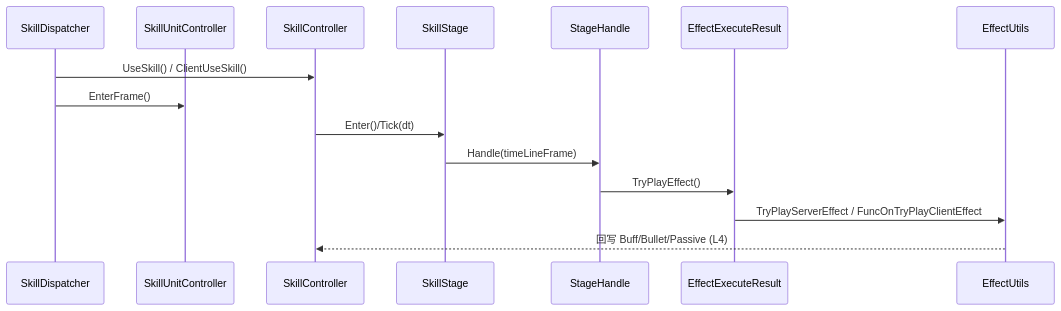
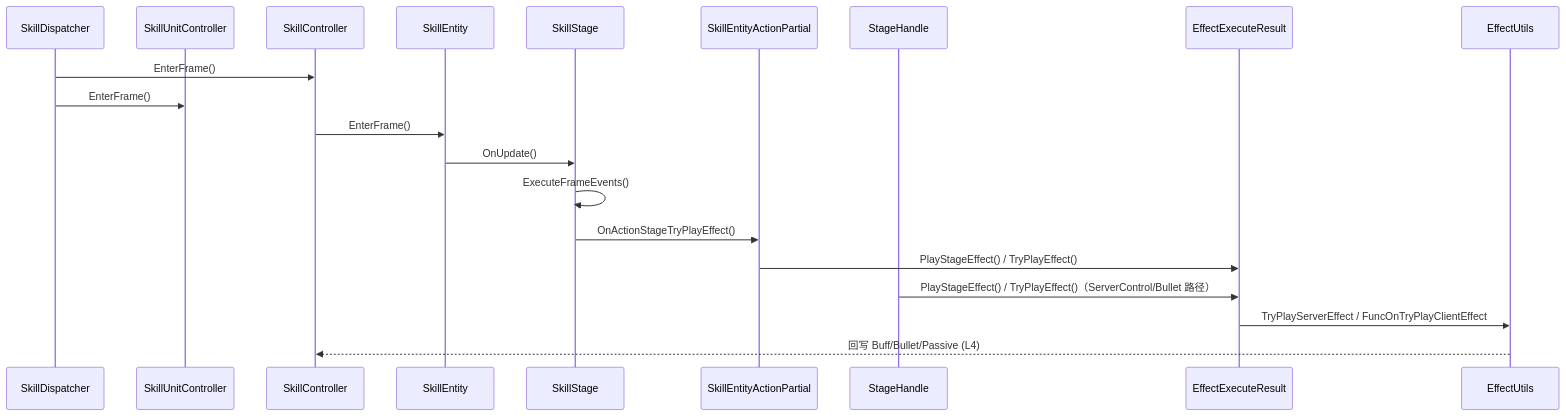
Before and after one commit to BoyLei/Stars: the second of 2 diagrams in diagrams/battle/L3A_SKILL_ENGINE_CORE.md, drawn with Mermaid. The commit also changed other lines of this file and 135 other files, not shown here.

Commit message:
Refactor Stars client module and startup flow

````diff
--- a/diagrams/battle/L3A_SKILL_ENGINE_CORE.md
+++ b/diagrams/battle/L3A_SKILL_ENGINE_CORE.md
@@ -58,17 +68,22 @@
 ```mermaid
 sequenceDiagram
     participant D as SkillDispatcher
     participant UC as SkillUnitController
     participant C as SkillController
+    participant SE as SkillEntity
     participant S as SkillStage
+    participant A as SkillEntityActionPartial
     participant H as StageHandle
     participant R as EffectExecuteResult
     participant E as EffectUtils
-    D->>C: UseSkill() / ClientUseSkill()
+    D->>C: EnterFrame()
     D->>UC: EnterFrame()
-    C->>S: Enter()/Tick(dt)
-    S->>H: Handle(timeLineFrame)
-    H->>R: TryPlayEffect()
+    C->>SE: EnterFrame()
+    SE->>S: OnUpdate()
+    S->>S: ExecuteFrameEvents()
+    S->>A: OnActionStageTryPlayEffect()
+    A->>R: PlayStageEffect() / TryPlayEffect()
+    H->>R: PlayStageEffect() / TryPlayEffect()（ServerControl/Bullet 路径）
     R->>E: TryPlayServerEffect / FuncOnTryPlayClientEffect
     E-->>C: 回写 Buff/Bullet/Passive (L4)
 ```
````
